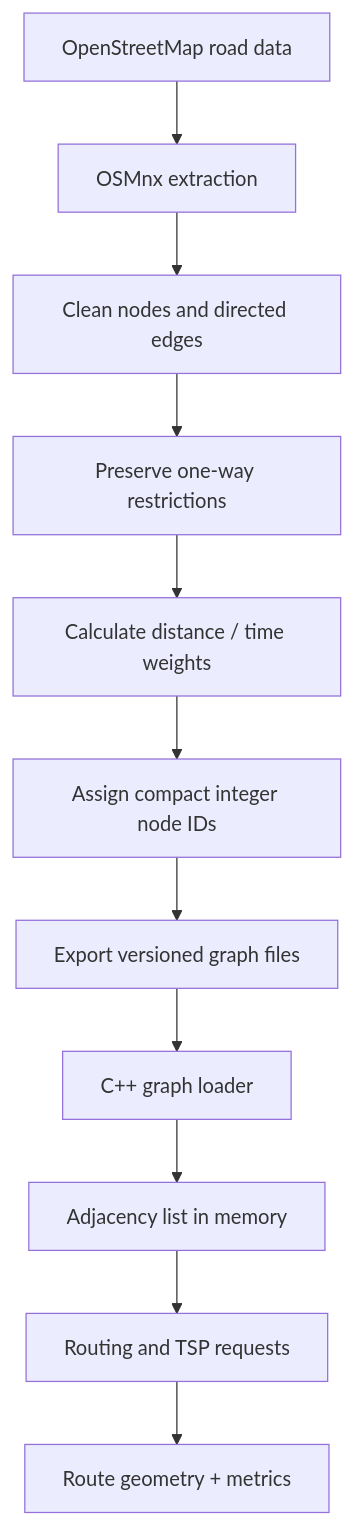
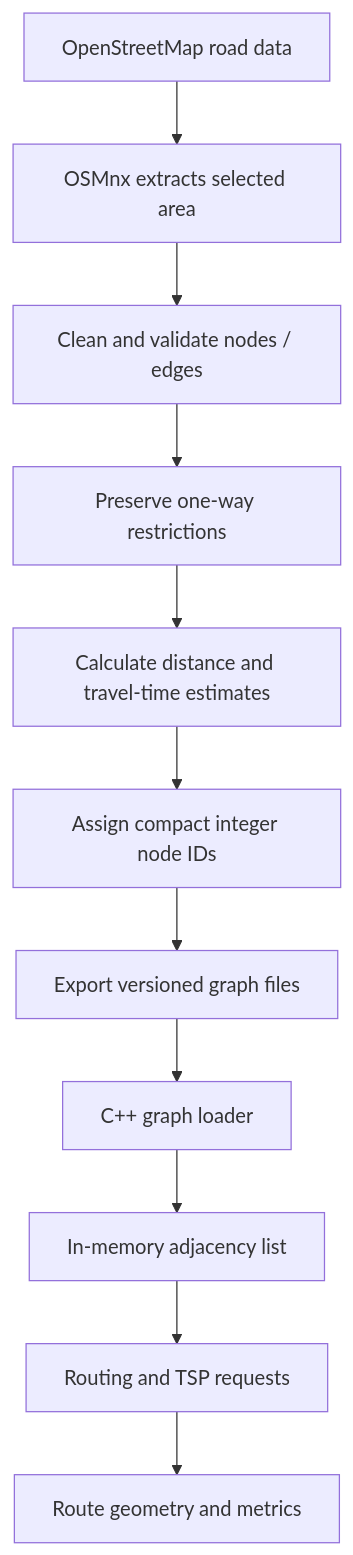
One commit to IamShreshth/pathos changed the fourth of 7 diagrams in PATHOS_END_TO_END_ARCHITECTURE.md. Above: the diagram before and after it, drawn with Mermaid. The commit also changed other lines of this file, not shown here.

````diff
--- a/PATHOS_END_TO_END_ARCHITECTURE.md
+++ b/PATHOS_END_TO_END_ARCHITECTURE.md
@@ -194,13 +206,13 @@
 ```mermaid
 flowchart TD
-    A["OpenStreetMap road data"] --> B["OSMnx extraction"]
-    B --> C["Clean nodes and directed edges"]
+    A["OpenStreetMap road data"] --> B["OSMnx extracts selected area"]
+    B --> C["Clean and validate nodes / edges"]
     C --> D["Preserve one-way restrictions"]
-    D --> E["Calculate distance / time weights"]
+    D --> E["Calculate distance and travel-time estimates"]
     E --> F["Assign compact integer node IDs"]
     F --> G["Export versioned graph files"]
     G --> H["C++ graph loader"]
-    H --> I["Adjacency list in memory"]
+    H --> I["In-memory adjacency list"]
     I --> J["Routing and TSP requests"]
-    J --> K["Route geometry + metrics"]
+    J --> K["Route geometry and metrics"]
 ```
````
